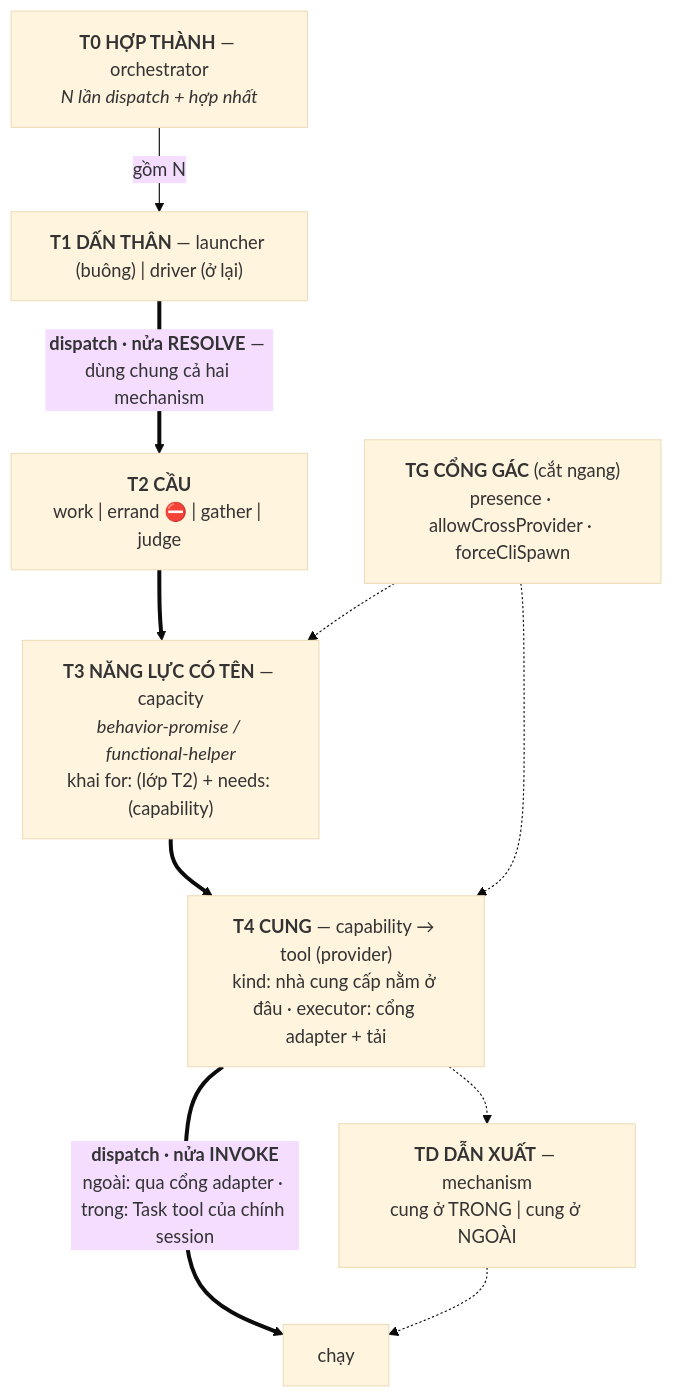
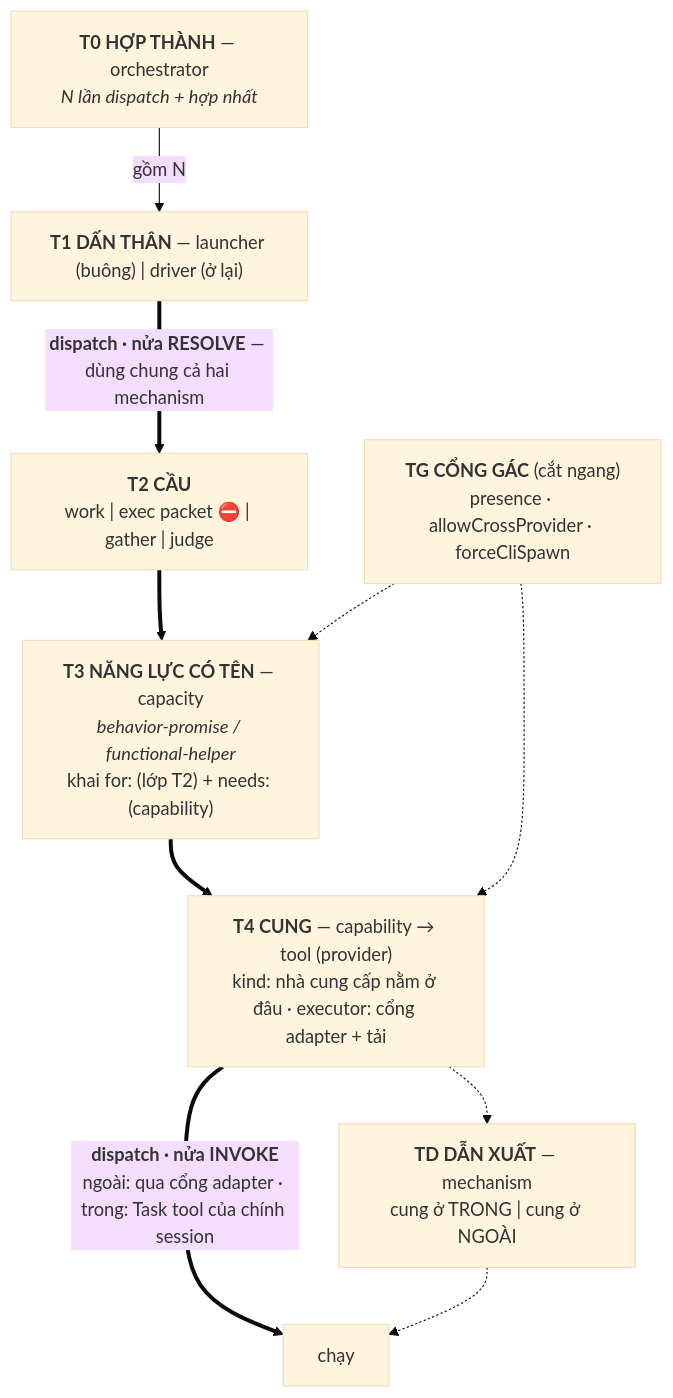
Before and after one commit to vantt/forgent: the second of 3 diagrams in docs/history/dispatch-concept-boundary/DISCUSSION.md, drawn with Mermaid (base theme). The commit also changed other lines of this file, not shown here.

````diff
--- a/docs/history/dispatch-concept-boundary/DISCUSSION.md
+++ b/docs/history/dispatch-concept-boundary/DISCUSSION.md
@@ -903,23 +932,23 @@
 ```mermaid
 flowchart TB
     ORCH["<b>T0 HỢP THÀNH</b> — orchestrator<br/><i>N lần dispatch + hợp nhất</i>"]
     ENG["<b>T1 DẤN THÂN</b> — launcher (buông) | driver (ở lại)"]
-    DEM["<b>T2 CẦU</b><br/>work | errand ⛔ | gather | judge"]
+    DEM["<b>T2 CẦU</b><br/>work | exec packet ⛔ | gather | judge"]
     BIND["<b>T3 NĂNG LỰC CÓ TÊN</b> — capacity<br/><i>behavior-promise / functional-helper</i><br/>khai for: (lớp T2) + needs: (capability)"]
     SUP["<b>T4 CUNG</b> — capability → tool (provider)<br/>kind: nhà cung cấp nằm ở đâu · executor: cổng adapter + tải"]
     RUN["chạy"]
 
     ORCH -->|"gồm N"| ENG
     ENG ==>|"<b>dispatch · nửa RESOLVE</b> — dùng chung cả hai mechanism"| DEM
     DEM ==> BIND
     BIND ==> SUP
     SUP ==>|"<b>dispatch · nửa INVOKE</b><br/>ngoài: qua cổng adapter · trong: Task tool của chính session"| RUN
 
     MECH["<b>TD DẪN XUẤT</b> — mechanism<br/>cung ở TRONG | cung ở NGOÀI"]
     SUP -.-> MECH
     MECH -.-> RUN
 
     GOV["<b>TG CỔNG GÁC</b> (cắt ngang)<br/>presence · allowCrossProvider · forceCliSpawn"]
     GOV -.-> BIND
     GOV -.-> SUP
 ```
````
